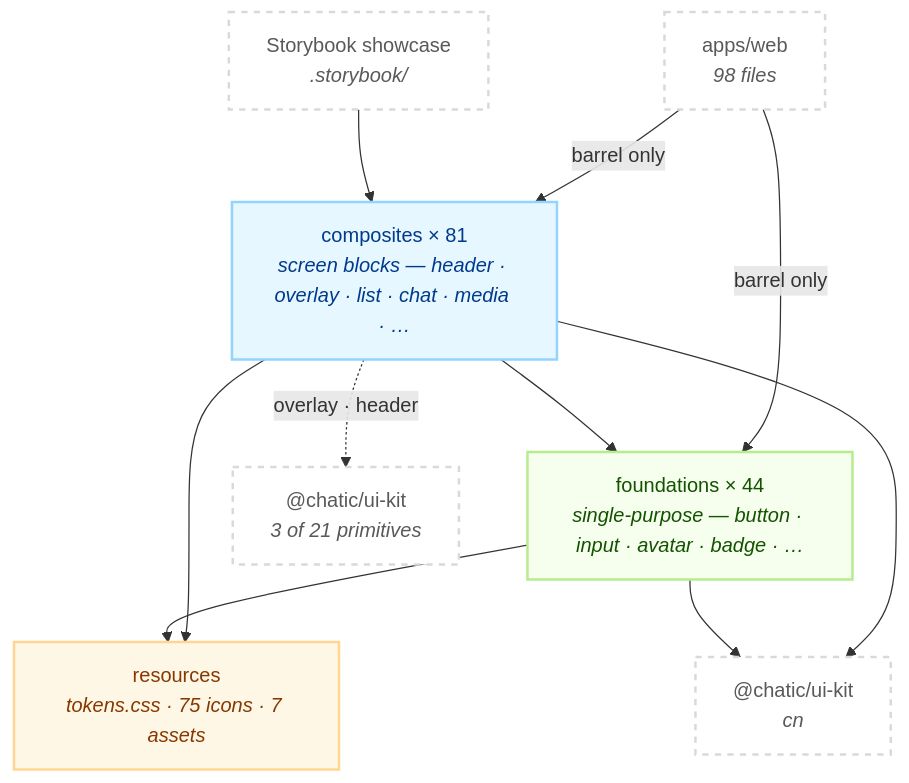
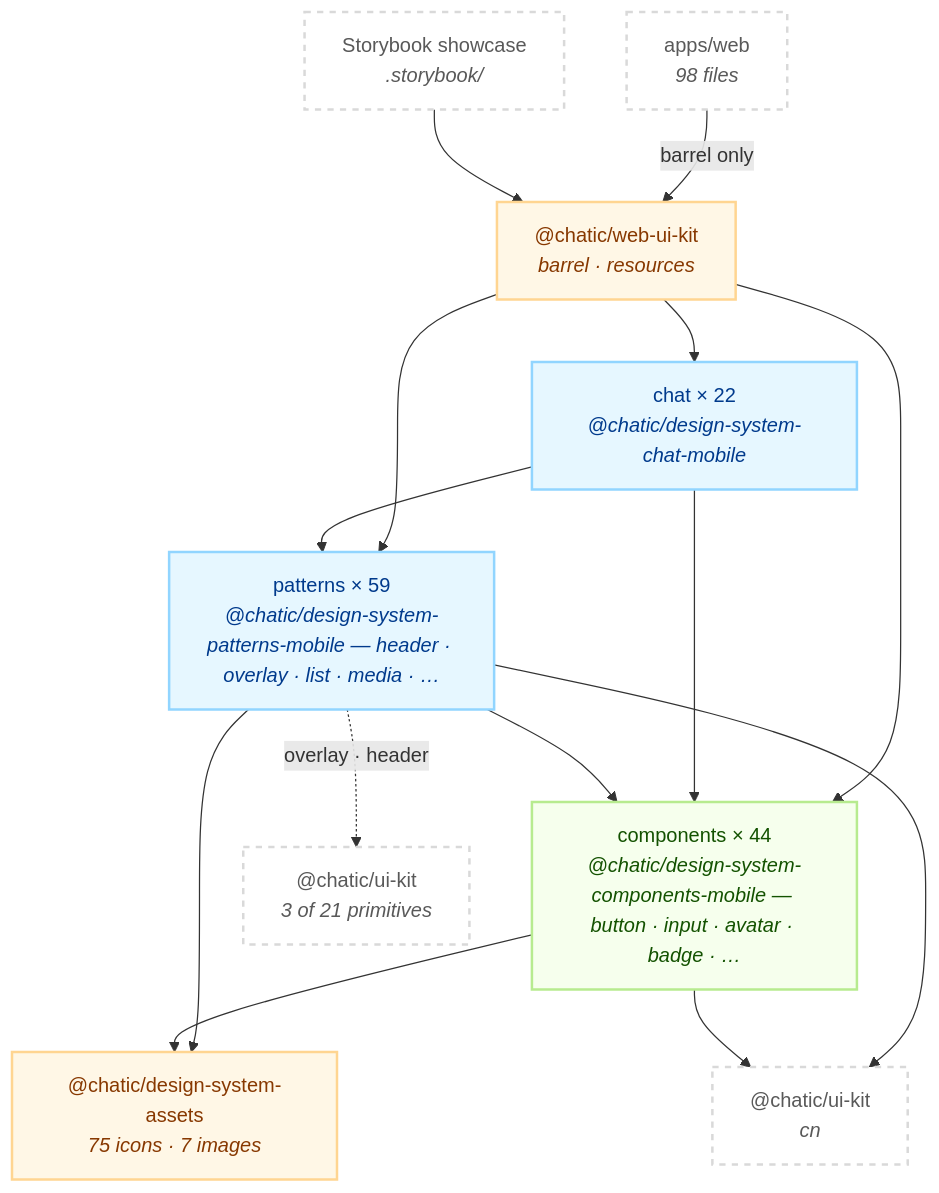
The first of 2 diagrams in libs/web-ui-kit/README.md (lemoncloud-io/dou-app), drawn with Mermaid before and after one commit. The commit also changed other lines of this file and 644 other files, not shown here.

First line of the commit message:
refactor(design-system,web-ui-kit): move the mobile components into design-system packages

````diff
--- a/libs/web-ui-kit/README.md
+++ b/libs/web-ui-kit/README.md
@@ -122,27 +143,33 @@
 ```mermaid
 flowchart TD
     classDef comp fill:#e6f7ff,stroke:#91d5ff,stroke-width:2px,color:#003a8c;
     classDef found fill:#f6ffed,stroke:#b7eb8f,stroke-width:2px,color:#135200;
     classDef res fill:#fff7e6,stroke:#ffd591,stroke-width:2px,color:#873800;
     classDef ext fill:#ffffff,stroke:#d9d9d9,stroke-width:2px,color:#595959,stroke-dasharray: 5 5;
 
     App["apps/web<br/><i>98 files</i>"]:::ext
     SB["Storybook showcase<br/><i>.storybook/</i>"]:::ext
+    W["@chatic/web-ui-kit<br/><i>barrel · resources</i>"]:::res
 
-    C["composites × 81<br/><i>screen blocks — header · overlay · list · chat · media · …</i>"]:::comp
-    F["foundations × 44<br/><i>single-purpose — button · input · avatar · badge · …</i>"]:::found
-    R["resources<br/><i>tokens.css · 75 icons · 7 assets</i>"]:::res
+    CH["chat × 22<br/><i>@chatic/design-system-chat-mobile</i>"]:::comp
+    C["patterns × 59<br/><i>@chatic/design-system-patterns-mobile — header · overlay · list · media · …</i>"]:::comp
+    F["components × 44<br/><i>@chatic/design-system-components-mobile — button · input · avatar · badge · …</i>"]:::found
+    R["@chatic/design-system-assets<br/><i>75 icons · 7 images</i>"]:::res
 
     UK["@chatic/ui-kit<br/><i>3 of 21 primitives</i>"]:::ext
     CN["@chatic/ui-kit<br/><i>cn</i>"]:::ext
 
-    App -->|"barrel only"| C
-    App -->|"barrel only"| F
-    SB --> C
+    App -->|"barrel only"| W
+    W --> CH
+    W --> C
+    W --> F
+    SB --> W
+    CH --> C
+    CH --> F
     C --> F
     C --> R
     F --> R
     C -.->|"overlay · header"| UK
     C --> CN
     F --> CN
 ```
````
